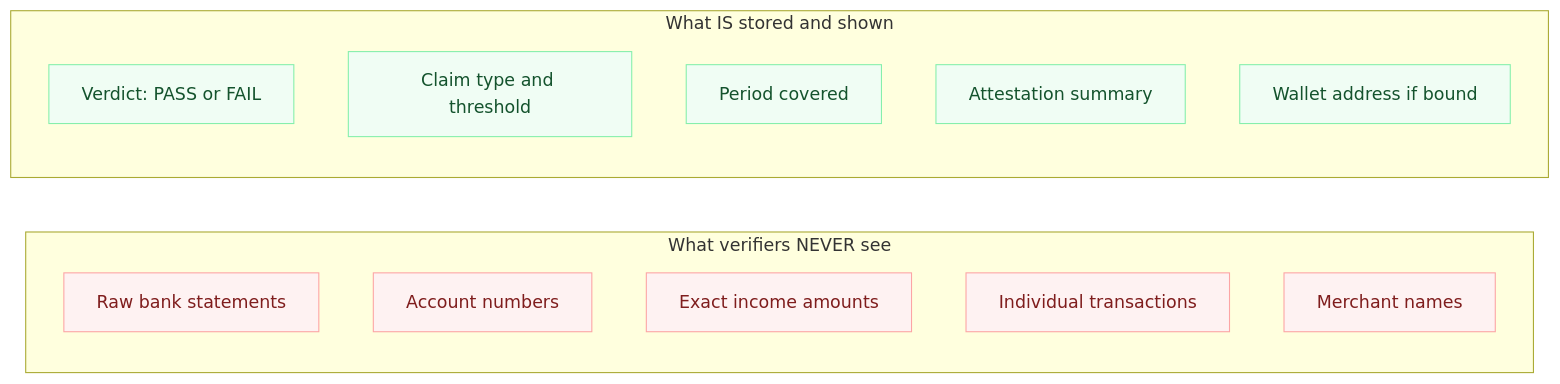
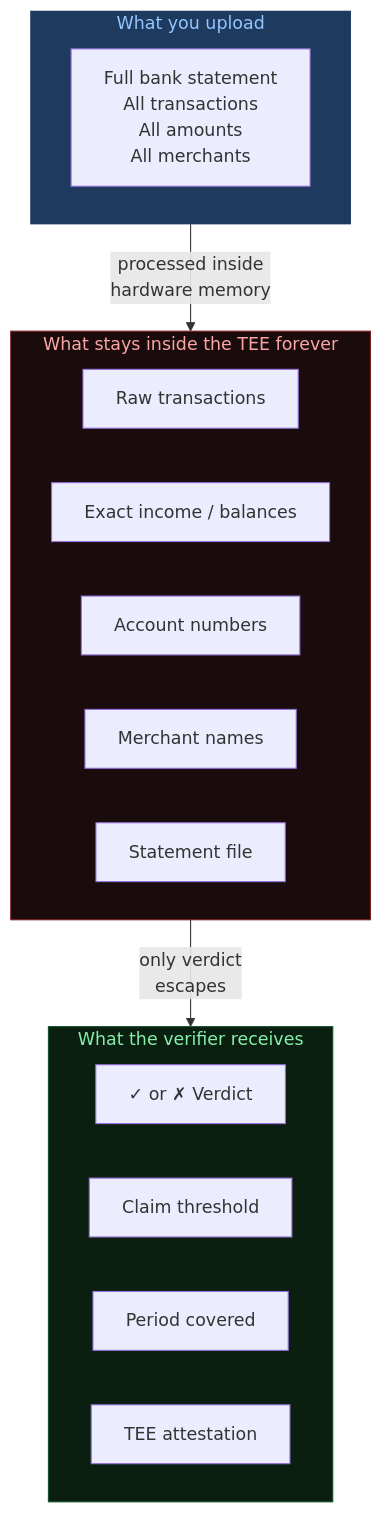
Before and after one commit to nisargpatel7042lva/vouch: the second of 2 diagrams in README.md, drawn with Mermaid. The commit also changed other lines of this file, not shown here.

Commit message:
docs: rewrite README with Mermaid diagrams, NEAR AI details, full API reference

````diff
--- a/README.md
+++ b/README.md
@@ -77,31 +98,28 @@
 ```mermaid
-flowchart LR
-    subgraph Never["What verifiers NEVER see"]
-        direction TB
-        R1[Raw bank statements]
-        R2[Account numbers]
-        R3[Exact income amounts]
-        R4[Individual transactions]
-        R5[Merchant names]
+flowchart TD
+    subgraph INPUT ["What you upload"]
+        I1[Full bank statement\nAll transactions\nAll amounts\nAll merchants]
     end
 
-    subgraph Stored["What IS stored and shown"]
-        direction TB
-        S1[Verdict: PASS or FAIL]
-        S2[Claim type and threshold]
-        S3[Period covered]
-        S4[Attestation summary]
-        S5[Wallet address if bound]
+    subgraph ENCLAVE ["What stays inside the TEE forever"]
+        E1[Raw transactions]
+        E2[Exact income / balances]
+        E3[Account numbers]
+        E4[Merchant names]
+        E5[Statement file]
     end
 
-    style R1 fill:#fef2f2,stroke:#fca5a5,color:#7f1d1d
-    style R2 fill:#fef2f2,stroke:#fca5a5,color:#7f1d1d
-    style R3 fill:#fef2f2,stroke:#fca5a5,color:#7f1d1d
-    style R4 fill:#fef2f2,stroke:#fca5a5,color:#7f1d1d
-    style R5 fill:#fef2f2,stroke:#fca5a5,color:#7f1d1d
-    style S1 fill:#f0fdf4,stroke:#86efac,color:#14532d
-    style S2 fill:#f0fdf4,stroke:#86efac,color:#14532d
-    style S3 fill:#f0fdf4,stroke:#86efac,color:#14532d
-    style S4 fill:#f0fdf4,stroke:#86efac,color:#14532d
-    style S5 fill:#f0fdf4,stroke:#86efac,color:#14532d
+    subgraph OUTPUT ["What the verifier receives"]
+        O1["✓ or ✗  Verdict"]
+        O2[Claim threshold]
+        O3[Period covered]
+        O4[TEE attestation]
+    end
+
+    INPUT -->|"processed inside\nhardware memory"| ENCLAVE
+    ENCLAVE -->|"only verdict\nescapes"| OUTPUT
+
+    style INPUT fill:#1e3a5f,color:#93c5fd,stroke:none
+    style ENCLAVE fill:#1a0c0c,color:#fca5a5,stroke:#7f1d1d
+    style OUTPUT fill:#0a1f0f,color:#86efac,stroke:#14532d
 ```
````
